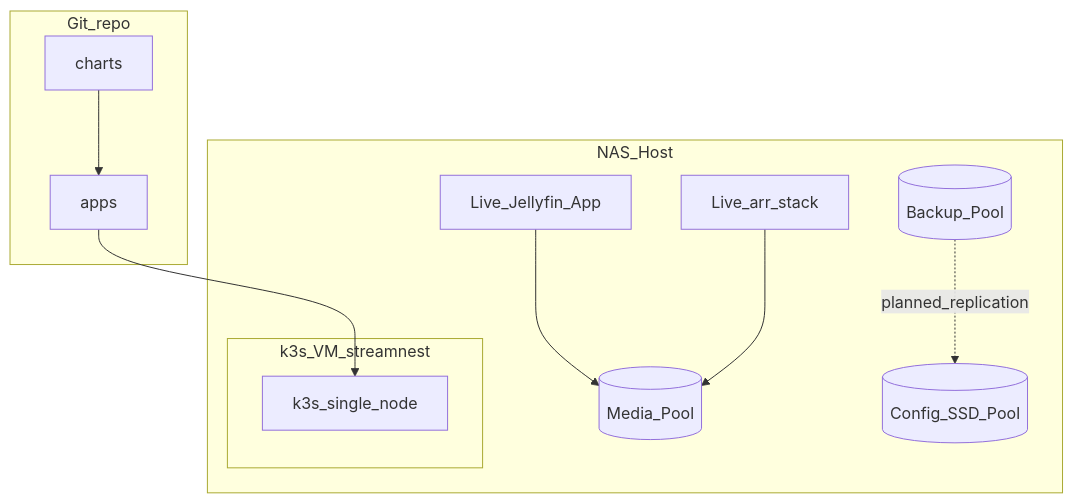
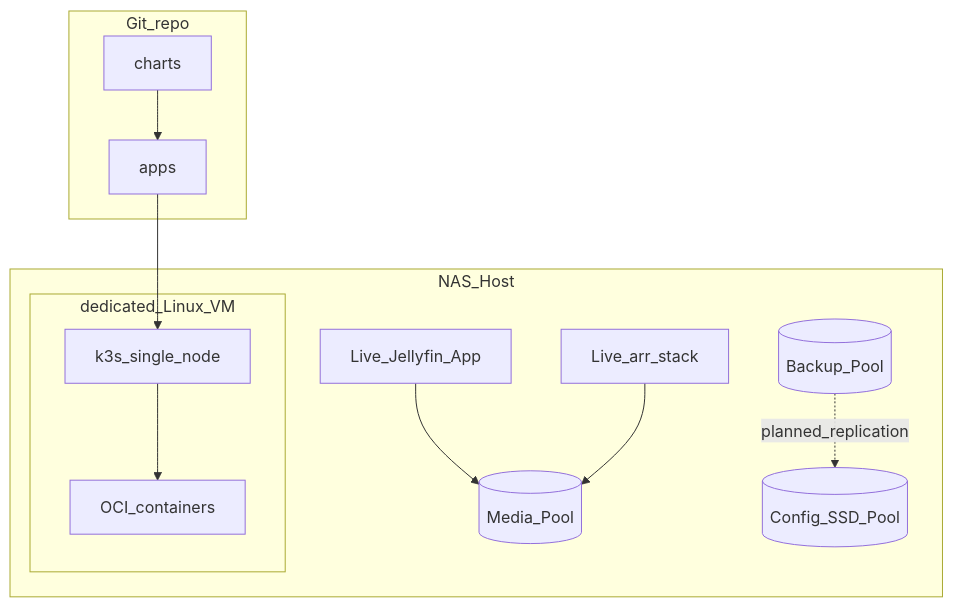
Before and after one commit to ravikishore-m/streamnest-platform: the diagram in docs/architecture/overview.md, drawn with Mermaid. The commit also changed other lines of this file and 73 other files, not shown here.

````diff
--- a/docs/architecture/overview.md
+++ b/docs/architecture/overview.md
@@ -9,24 +10,26 @@
 ```mermaid
 flowchart TB
   subgraph host [NAS_Host]
     LiveJF[Live_Jellyfin_App]
     LiveArr[Live_arr_stack]
     Media[(Media_Pool)]
     SSD[(Config_SSD_Pool)]
     Backup[(Backup_Pool)]
-    subgraph vm [k3s_VM_streamnest]
+    subgraph vm [dedicated_Linux_VM]
       K3S[k3s_single_node]
+      OCI[OCI_containers]
     end
   end
 
   subgraph gitops [Git_repo]
     Charts[charts]
     Apps[apps]
   end
 
   LiveJF --> Media
   LiveArr --> Media
   Apps --> K3S
+  K3S --> OCI
   Charts --> Apps
   Backup -.->|planned_replication| SSD
 ```
````
